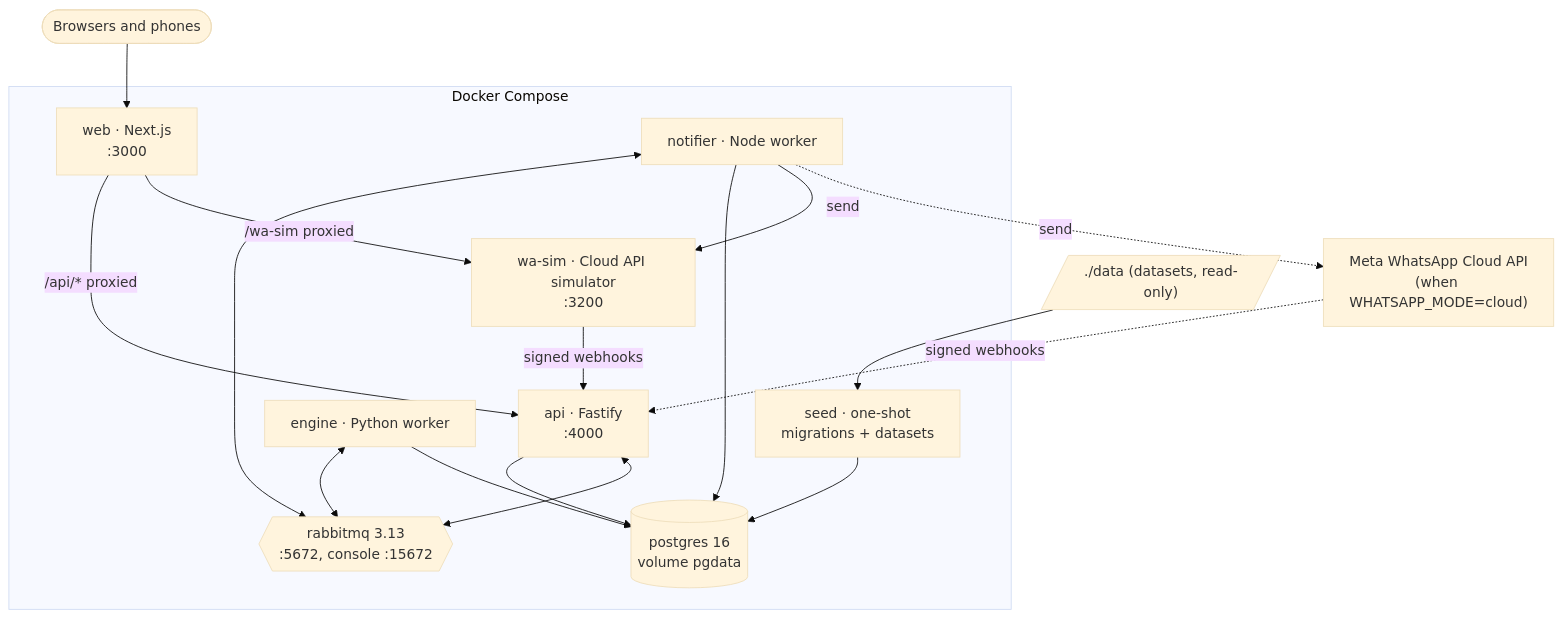
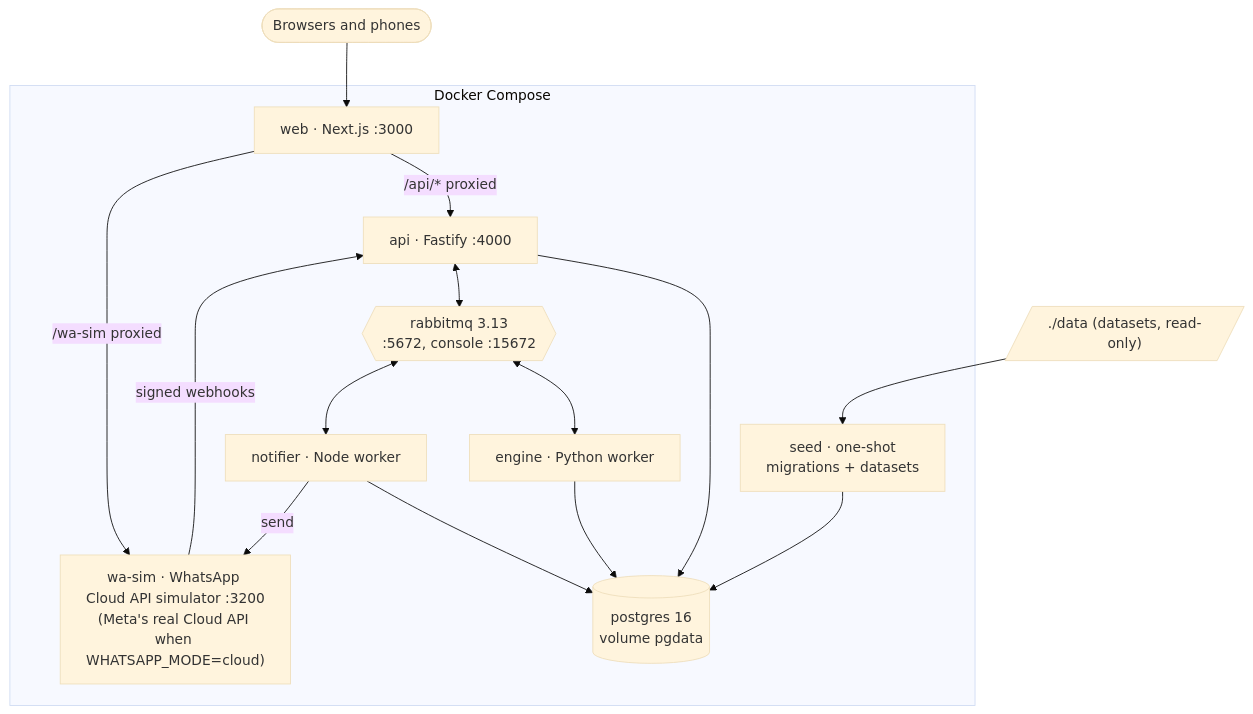
One commit to malika1234m/API4_RouteLanka. changed the third of 3 diagrams in docs/architecture.md. Above: the diagram before and after it, drawn with Mermaid (base theme). The commit also changed other lines of this file and 6 other files, not shown here.

````diff
--- a/docs/architecture.md
+++ b/docs/architecture.md
@@ -110,32 +96,29 @@
 ```mermaid
 flowchart TB
   user(["Browsers and phones"])
+  data[/"./data (datasets, read-only)"/]
   subgraph host["Docker Compose"]
-    web["web · Next.js<br/>:3000"]
-    api["api · Fastify<br/>:4000"]
+    web["web · Next.js :3000"]
+    seed["seed · one-shot<br/>migrations + datasets"]
+    pg[("postgres 16<br/>volume pgdata")]
+    api["api · Fastify :4000"]
+    mq{{"rabbitmq 3.13<br/>:5672, console :15672"}}
     engine["engine · Python worker"]
     notifier["notifier · Node worker"]
-    seed["seed · one-shot<br/>migrations + datasets"]
-    wasim["wa-sim · Cloud API simulator<br/>:3200"]
-    pg[("postgres 16<br/>volume pgdata")]
-    mq{{"rabbitmq 3.13<br/>:5672, console :15672"}}
+    wasim["wa-sim · WhatsApp Cloud API simulator :3200<br/>(Meta's real Cloud API when WHATSAPP_MODE=cloud)"]
   end
-  data[/"./data (datasets, read-only)"/]
-  meta["Meta WhatsApp Cloud API<br/>(when WHATSAPP_MODE=cloud)"]
 
   user --> web
+  data --> seed
+  seed --> pg
   web -- "/api/* proxied" --> api
   web -- "/wa-sim proxied" --> wasim
   api --> pg
   api <--> mq
-  engine <--> mq
+  mq <--> engine
+  mq <--> notifier
   engine --> pg
-  notifier <--> mq
   notifier --> pg
   notifier -- "send" --> wasim
-  notifier -. "send" .-> meta
   wasim -- "signed webhooks" --> api
-  meta -. "signed webhooks" .-> api
-  seed --> pg
-  data --> seed
 ```
````
